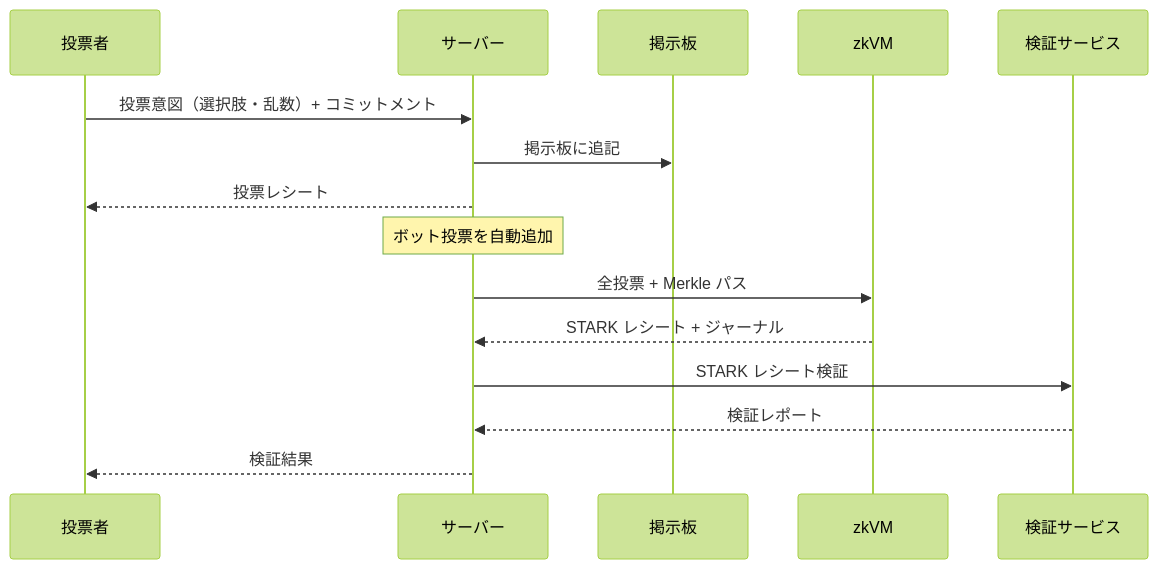
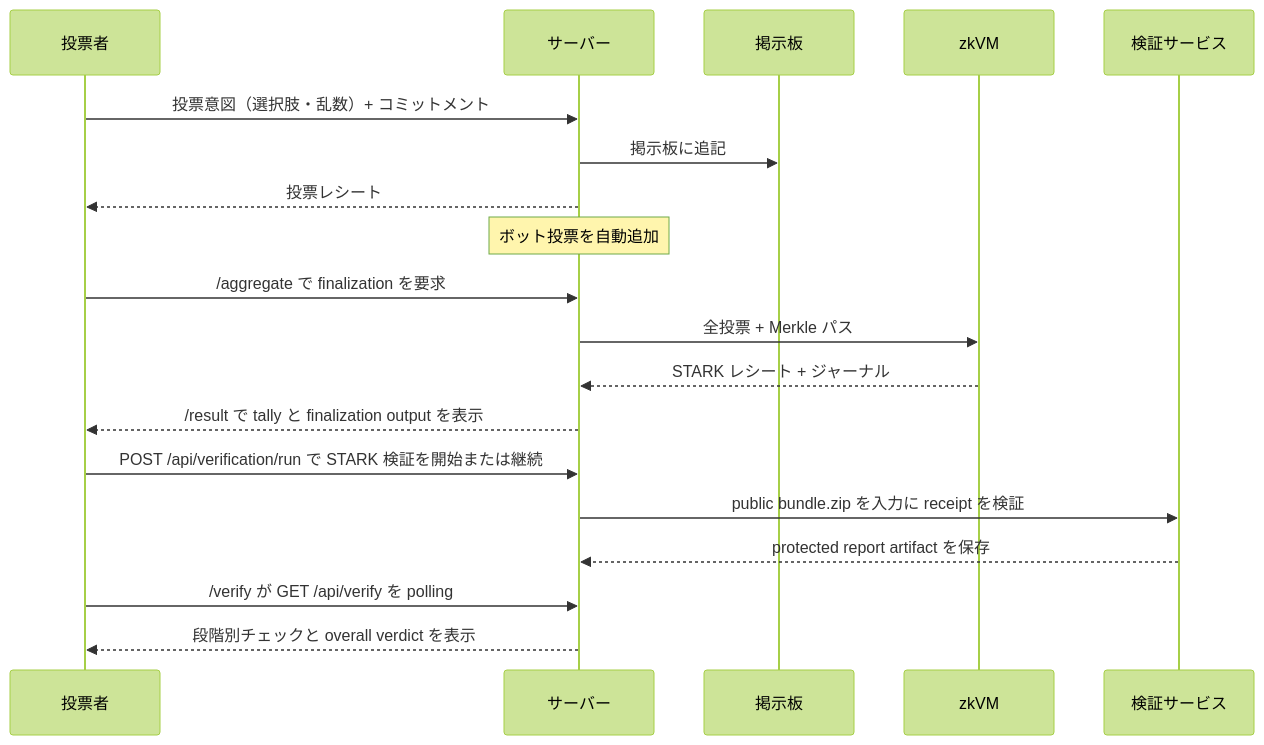
The second of 2 diagrams in public-book/src/overview.md (hwatanabe-jp/stark-ballot-simulator-public), drawn with Mermaid (forest theme) before and after one commit. The commit also changed other lines of this file and 1491 other files, not shown here.

````diff
--- a/public-book/src/overview.md
+++ b/public-book/src/overview.md
@@ -14,18 +15,22 @@
 ```mermaid
 sequenceDiagram
   participant V as 投票者
   participant S as サーバー
   participant B as 掲示板
   participant Z as zkVM
   participant VS as 検証サービス
 
   V->>S: 投票意図（選択肢・乱数）+ コミットメント
   S->>B: 掲示板に追記
   S-->>V: 投票レシート
   Note over S: ボット投票を自動追加
+  V->>S: /aggregate で finalization を要求
   S->>Z: 全投票 + Merkle パス
   Z-->>S: STARK レシート + ジャーナル
-  S->>VS: STARK レシート検証
-  VS-->>S: 検証レポート
-  S-->>V: 検証結果
+  S-->>V: /result で tally と finalization output を表示
+  V->>S: POST /api/verification/run で STARK 検証を開始または継続
+  S->>VS: public bundle.zip を入力に receipt を検証
+  VS-->>S: protected report artifact を保存
+  V->>S: /verify が GET /api/verify を polling
+  S-->>V: 段階別チェックと overall verdict を表示
 ```
````
